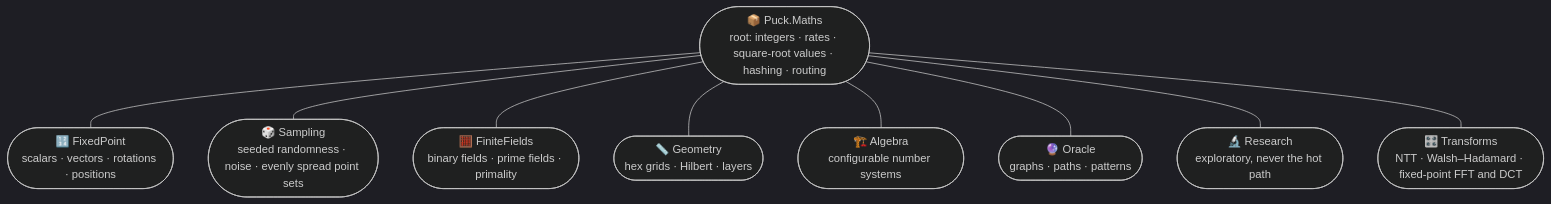
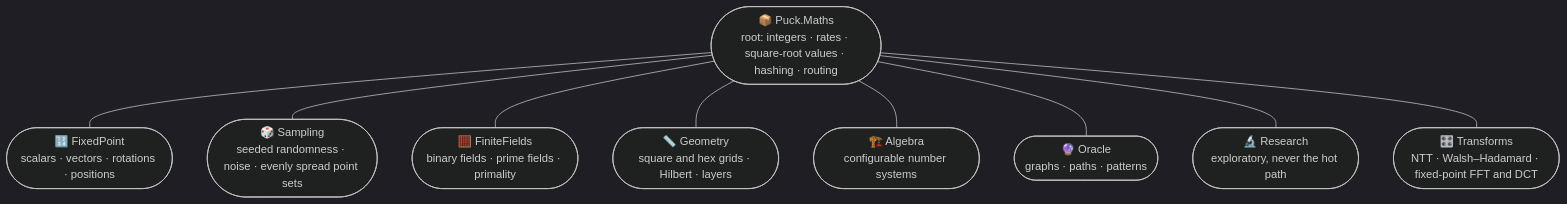
Before and after one commit to ByteTerrace/Puck: the second of 2 diagrams in src/Puck.Maths/README.md, drawn with Mermaid (dark theme). The commit also changed other lines of this file and 45 other files, not shown here.

First line of the commit message:
Add square grids, optimize maths kernels, and correct CGB scroll timing

````diff
--- a/src/Puck.Maths/README.md
+++ b/src/Puck.Maths/README.md
@@ -111,20 +111,20 @@
 ```mermaid
 graph TB
     Root(["📦 Puck.Maths<br/>root: integers · rates · square-root values · hashing · routing"])
     FP(["🔢 FixedPoint<br/>scalars · vectors · rotations · positions"])
     SA(["🎲 Sampling<br/>seeded randomness · noise · evenly spread point sets"])
     FF(["🧮 FiniteFields<br/>binary fields · prime fields · primality"])
-    GE(["📏 Geometry<br/>hex grids · Hilbert · layers"])
+    GE(["📏 Geometry<br/>square and hex grids · Hilbert · layers"])
     AL(["🏗️ Algebra<br/>configurable number systems"])
     OR(["🔮 Oracle<br/>graphs · paths · patterns"])
     RE(["🔬 Research<br/>exploratory, never the hot path"])
     TR(["🎛️ Transforms<br/>NTT · Walsh–Hadamard · fixed-point FFT and DCT"])
     Root --- FP
     Root --- SA
     Root --- FF
     Root --- GE
     Root --- AL
     Root --- OR
     Root --- RE
     Root --- TR
 ```
````
